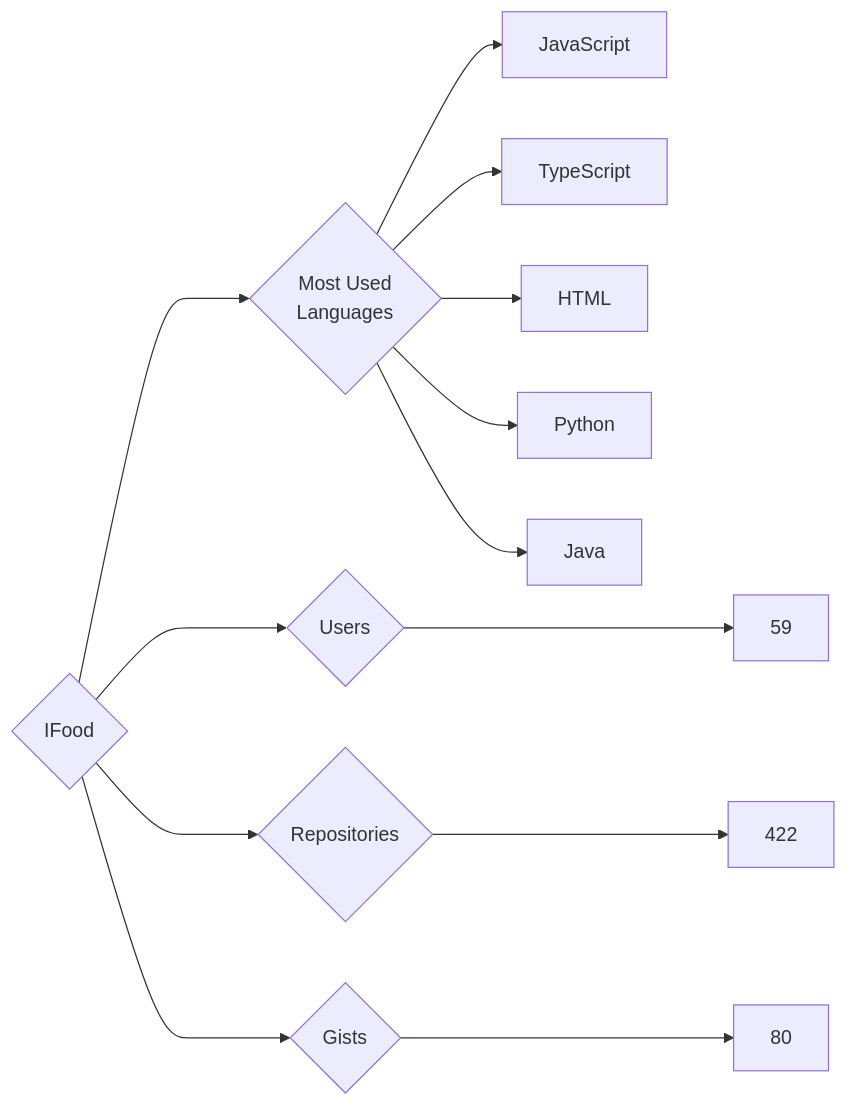
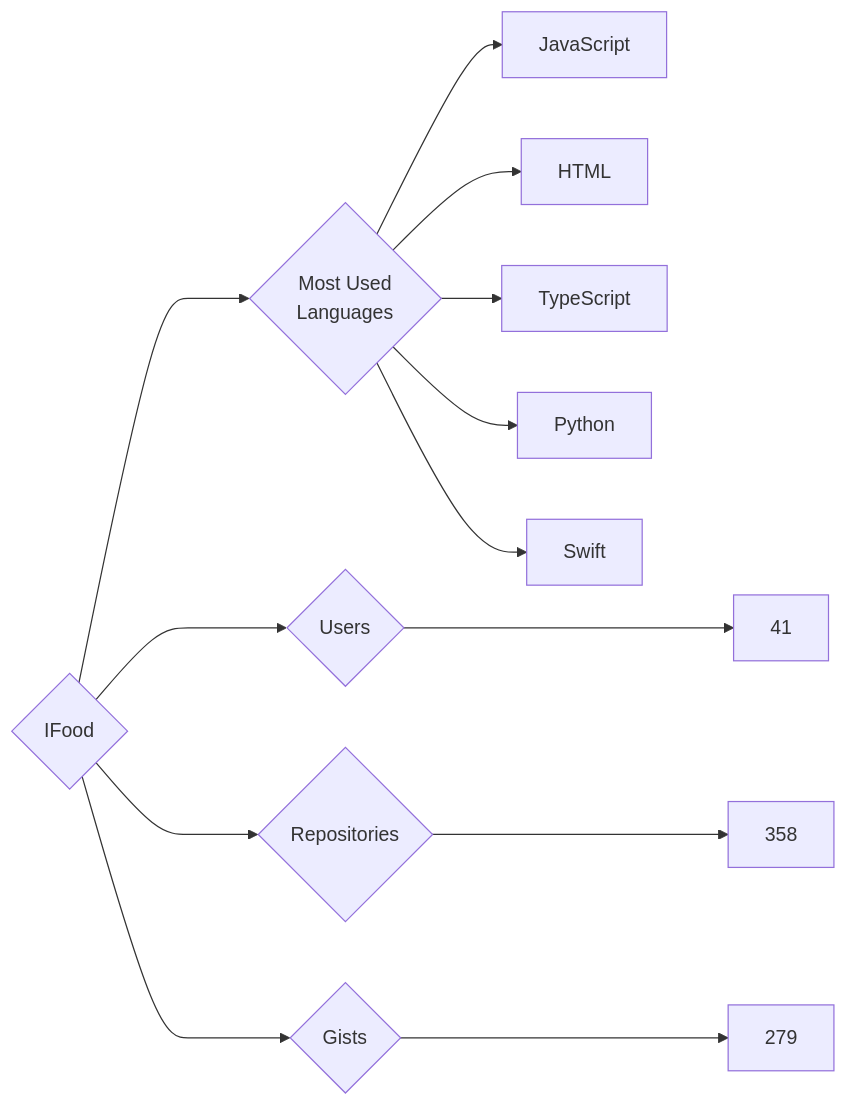
Before and after one commit to trickest/insiders: the diagram in targets/IFood/README.md, drawn with Mermaid. The commit also changed 823 other files, not shown here.

````diff
--- a/targets/IFood/README.md
+++ b/targets/IFood/README.md
@@ -3,13 +3,13 @@
 ```mermaid
 graph LR
 COMPANY_NAME{IFood}
-COMPANY_NAME ---> U{Users} ---> UN[59]
-COMPANY_NAME ---> R{Repositories} ---> RN[422]
-COMPANY_NAME ---> G{Gists} ---> GN[80]
+COMPANY_NAME ---> U{Users} ---> UN[41]
+COMPANY_NAME ---> R{Repositories} ---> RN[358]
+COMPANY_NAME ---> G{Gists} ---> GN[279]
 COMPANY_NAME ---> ML{Most Used<br>Languages}
 ML --> JavaScript[JavaScript]
+ML --> HTML[HTML]
 ML --> TypeScript[TypeScript]
-ML --> HTML[HTML]
 ML --> Python[Python]
-ML --> Java[Java]
+ML --> Swift[Swift]
 ```
````
